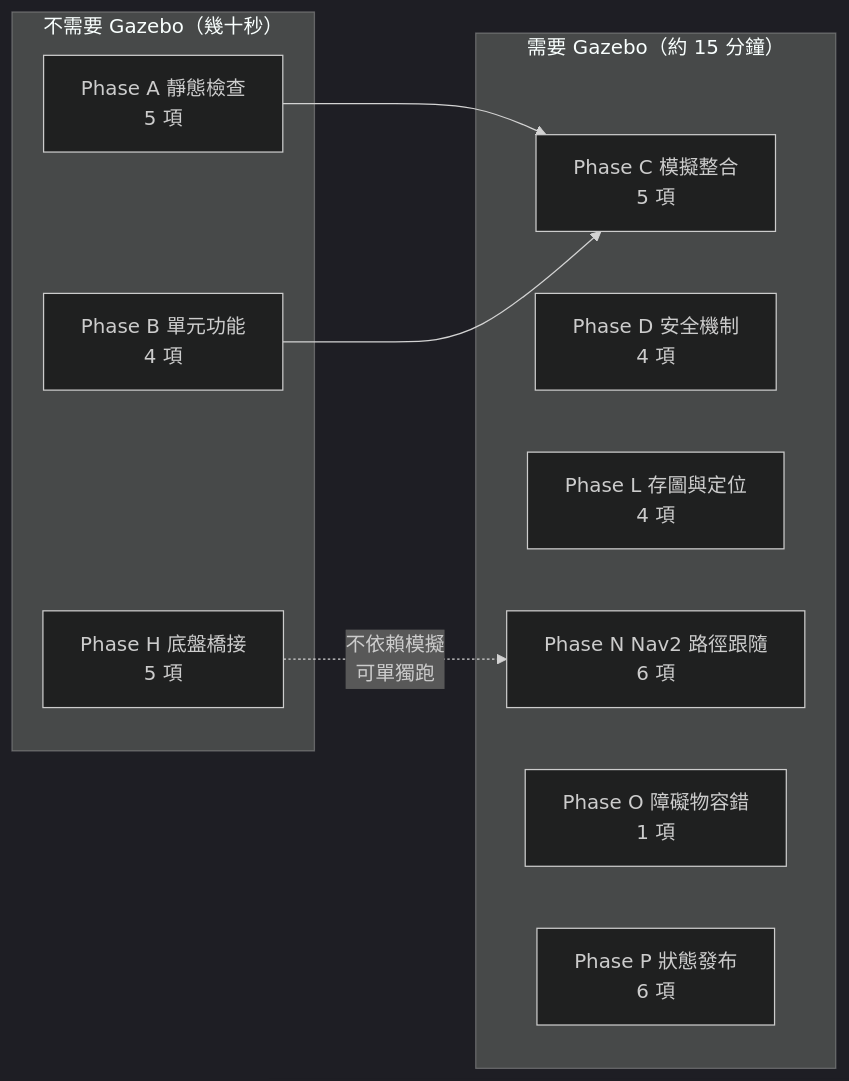
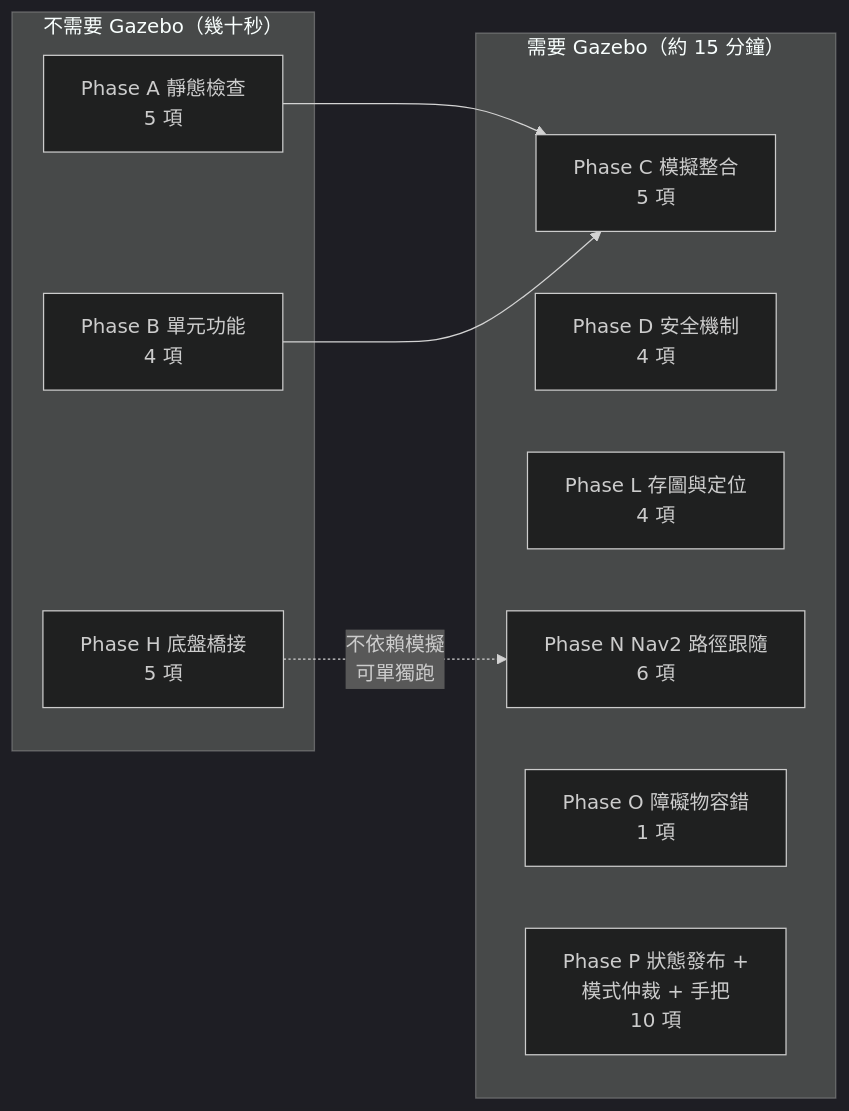
The sixth of 7 diagrams in docs/architecture.md (a04151997/mowerbot), drawn with Mermaid (dark theme) before and after one commit. The commit also changed other lines of this file and 6 other files, not shown here.

````diff
--- a/docs/architecture.md
+++ b/docs/architecture.md
@@ -193,19 +194,19 @@
 ```mermaid
 graph LR
     subgraph 不需要模擬器["不需要 Gazebo（幾十秒）"]
         A["Phase A 靜態檢查<br/>5 項"]
         B["Phase B 單元功能<br/>4 項"]
         H["Phase H 底盤橋接<br/>5 項"]
     end
     subgraph 需要模擬器["需要 Gazebo（約 15 分鐘）"]
         C["Phase C 模擬整合<br/>5 項"]
         D["Phase D 安全機制<br/>4 項"]
         L["Phase L 存圖與定位<br/>4 項"]
         N["Phase N Nav2 路徑跟隨<br/>6 項"]
         O["Phase O 障礙物容錯<br/>1 項"]
-        P["Phase P 狀態發布<br/>6 項"]
+        P["Phase P 狀態發布 +<br/>模式仲裁 + 手把<br/>10 項"]
     end
     A --> C
     B --> C
     H -.->|"不依賴模擬<br/>可單獨跑"| N
 ```
````
